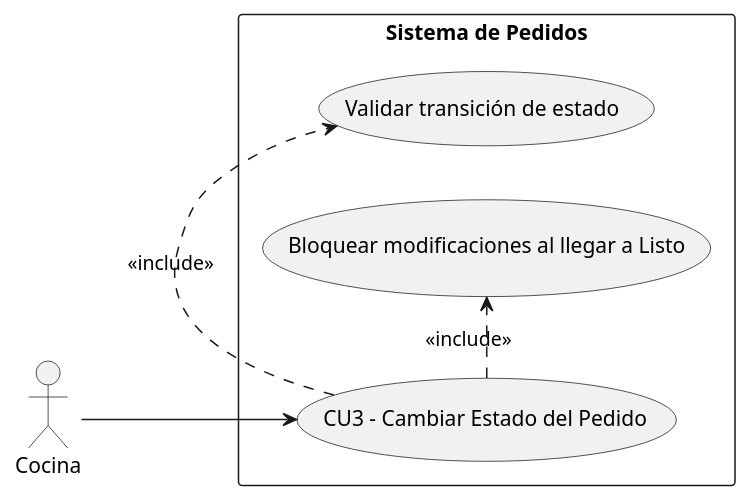
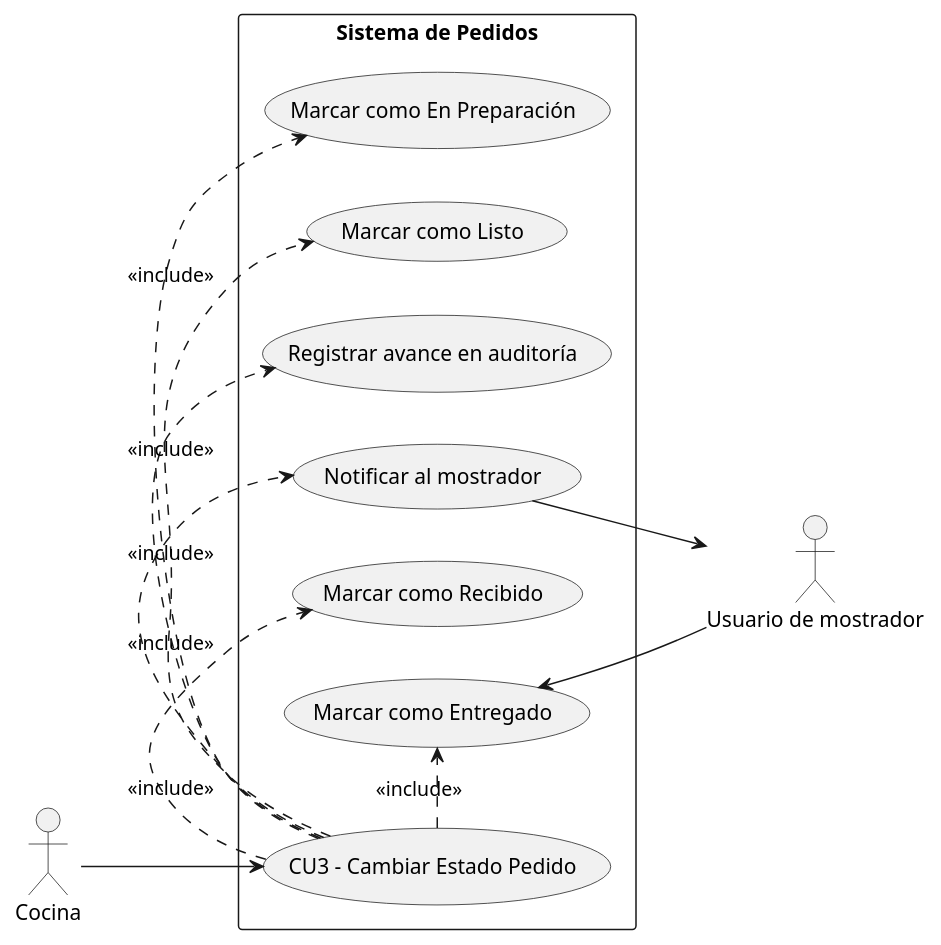
Before and after one commit to santimarM/SistemaPedidos: the diagram in diagramas/02-casos-de-uso/02-caso-uso-cambiar-estado-pedido-03.puml, drawn with PlantUML. The commit also changed 9 other files, not shown here.

Commit message:
fix: resuelve RC2 (UTF-8 en PNG) y RC3 (diagramas de casos de uso mejorados)

```diff
--- a/diagramas/02-casos-de-uso/02-caso-uso-cambiar-estado-pedido-03.puml
+++ b/diagramas/02-casos-de-uso/02-caso-uso-cambiar-estado-pedido-03.puml
@@ -1,16 +1,27 @@
 @startuml
 left to right direction
 skinparam packageStyle rectangle
 
 actor "Cocina" as Cocina
+actor "Usuario de mostrador" as Usuario
 
 rectangle "Sistema de Pedidos" {
-  usecase "CU3 - Cambiar Estado del Pedido" as UC3
-  usecase "Validar transición de estado" as UC3a
-  usecase "Bloquear modificaciones al llegar a Listo" as UC3b
+  usecase "CU3 - Cambiar Estado Pedido" as UC3
+  usecase "Marcar como Recibido" as UC3a
+  usecase "Marcar como En Preparación" as UC3b
+  usecase "Marcar como Listo" as UC3c
+  usecase "Marcar como Entregado" as UC3d
+  usecase "Registrar avance en auditoría" as UC3e
+  usecase "Notificar al mostrador" as UC3f
 }
 
 Cocina --> UC3
+Usuario --> UC3d
 UC3 .> UC3a : <<include>>
 UC3 .> UC3b : <<include>>
+UC3 .> UC3c : <<include>>
+UC3 .> UC3d : <<include>>
+UC3 .> UC3e : <<include>>
+UC3 .> UC3f : <<include>>
+UC3f --> Usuario
 @enduml
```
